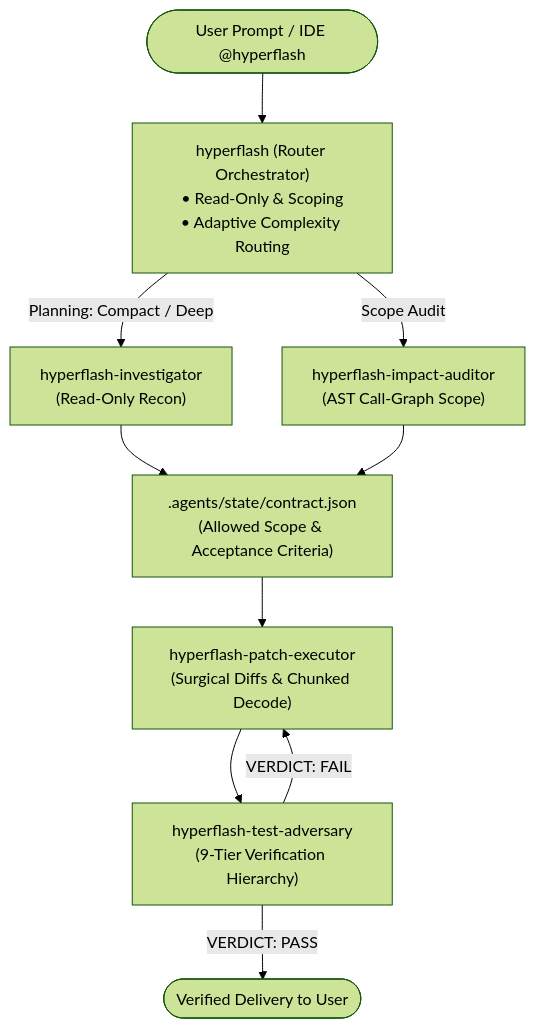
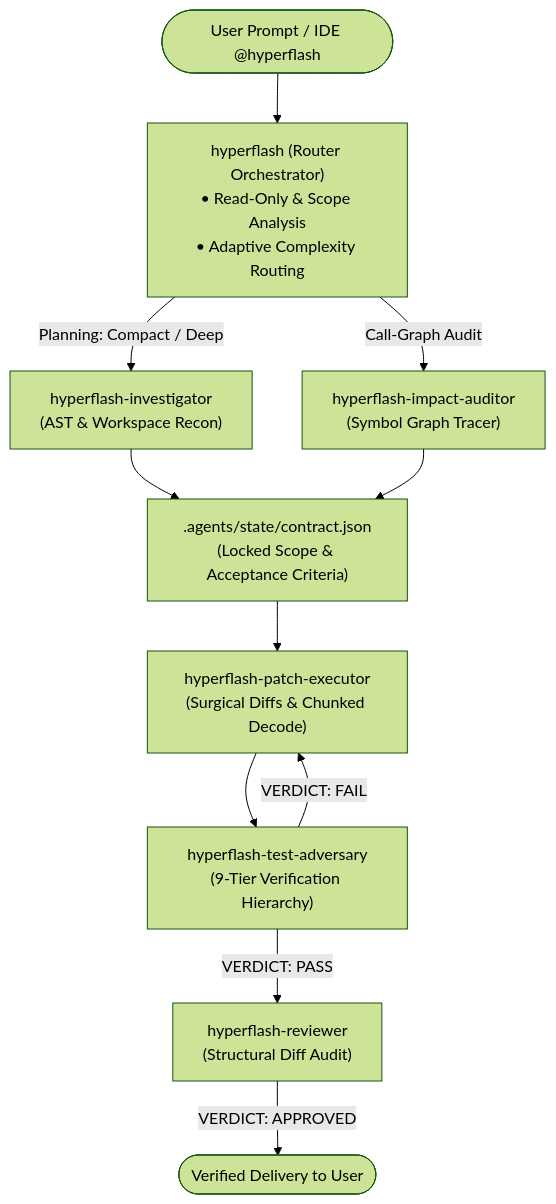
Before and after one commit to Virat-Ghatge/hyperflash: the diagram in README.md, drawn with Mermaid (forest theme). The commit also changed other lines of this file, not shown here.

````diff
--- a/README.md
+++ b/README.md
@@ -118,17 +309,18 @@
 ```mermaid
 flowchart TD
-    User([User Prompt / IDE @hyperflash]) --> Router["hyperflash (Router Orchestrator)<br/>• Read-Only & Scoping<br/>• Adaptive Complexity Routing"]
+    User([User Prompt / IDE @hyperflash]) --> Router["hyperflash (Router Orchestrator)<br/>• Read-Only & Scope Analysis<br/>• Adaptive Complexity Routing"]
     
-    Router -->|Planning: Compact / Deep| Recon["hyperflash-investigator<br/>(Read-Only Recon)"]
-    Router -->|Scope Audit| Audit["hyperflash-impact-auditor<br/>(AST Call-Graph Scope)"]
+    Router -->|Planning: Compact / Deep| Recon["hyperflash-investigator<br/>(AST & Workspace Recon)"]
+    Router -->|Call-Graph Audit| Audit["hyperflash-impact-auditor<br/>(Symbol Graph Tracer)"]
     
-    Recon --> Contract[".agents/state/contract.json<br/>(Allowed Scope & Acceptance Criteria)"]
+    Recon --> Contract[".agents/state/contract.json<br/>(Locked Scope & Acceptance Criteria)"]
     Audit --> Contract
     
     Contract --> Executor["hyperflash-patch-executor<br/>(Surgical Diffs & Chunked Decode)"]
     
     Executor --> Adversary["hyperflash-test-adversary<br/>(9-Tier Verification Hierarchy)"]
     
-    Adversary -->|VERDICT: PASS| Complete([Verified Delivery to User])
+    Adversary -->|VERDICT: PASS| Reviewer["hyperflash-reviewer<br/>(Structural Diff Audit)"]
+    Reviewer -->|VERDICT: APPROVED| Complete([Verified Delivery to User])
     Adversary -->|VERDICT: FAIL| Executor
 ```
````
